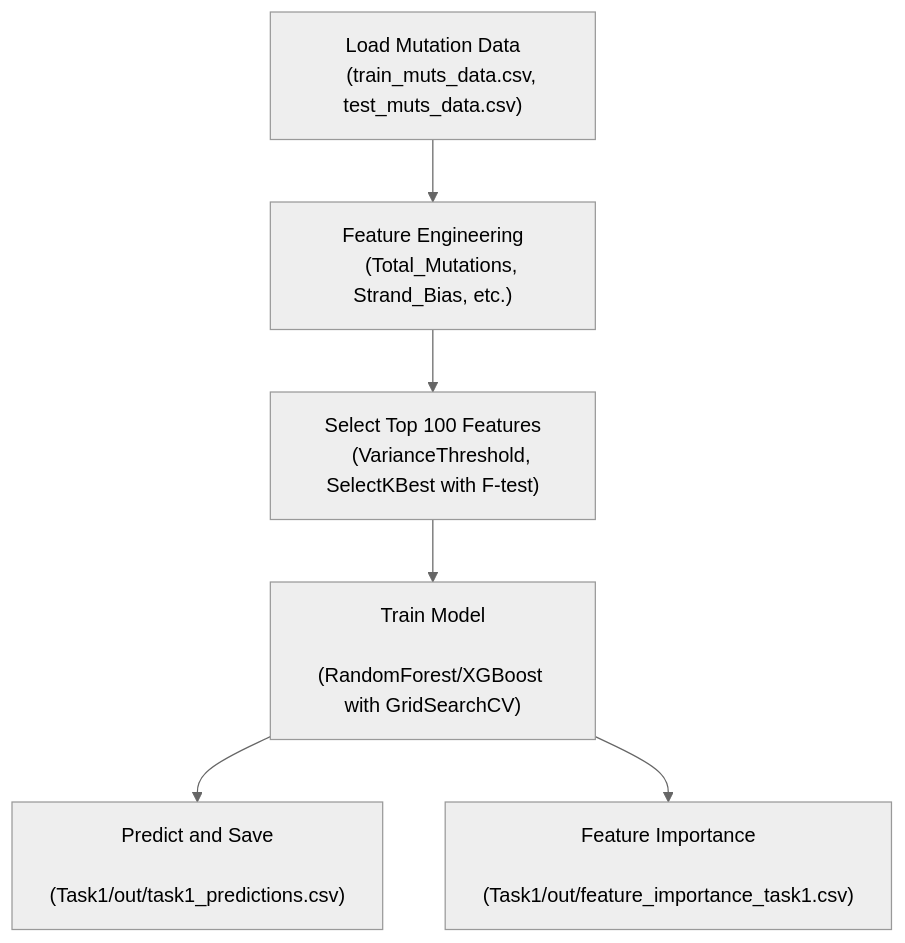
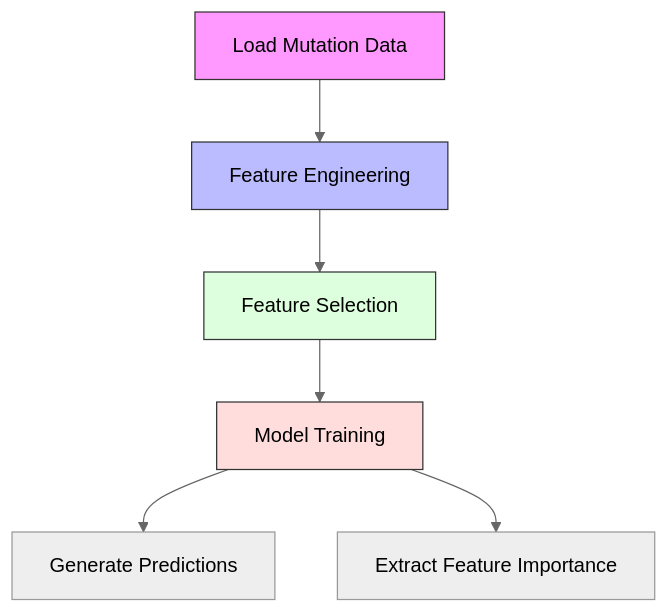
Before and after one commit to 0PeterAdel/Computational-Genomics: the first of 2 diagrams in Report.md, drawn with Mermaid (neutral theme). The commit also changed other lines of this file and 7 other files, not shown here.

````diff
--- a/Report.md
+++ b/Report.md
@@ -63,14 +108,13 @@
 ```mermaid
 graph TD
-    A["Load Mutation Data
-    (train_muts_data.csv, test_muts_data.csv)"] --> B["Feature Engineering
-    (Total_Mutations, Strand_Bias, etc.)"]
-    B --> C["Select Top 100 Features
-    (VarianceThreshold, SelectKBest with F-test)"]
-    C --> D["Train Model
-    (RandomForest/XGBoost with GridSearchCV)"]
-    D --> E["Predict and Save
-    (Task1/out/task1_predictions.csv)"]
-    D --> F["Feature Importance
-    (Task1/out/feature_importance_task1.csv)"]
+    A[Load Mutation Data] --> B[Feature Engineering]
+    B --> C[Feature Selection]
+    C --> D[Model Training]
+    D --> E[Generate Predictions]
+    D --> F[Extract Feature Importance]
+
+    style A fill:#f9f,stroke:#333
+    style B fill:#bbf,stroke:#333
+    style C fill:#dfd,stroke:#333
+    style D fill:#fdd,stroke:#333
 ```
````
